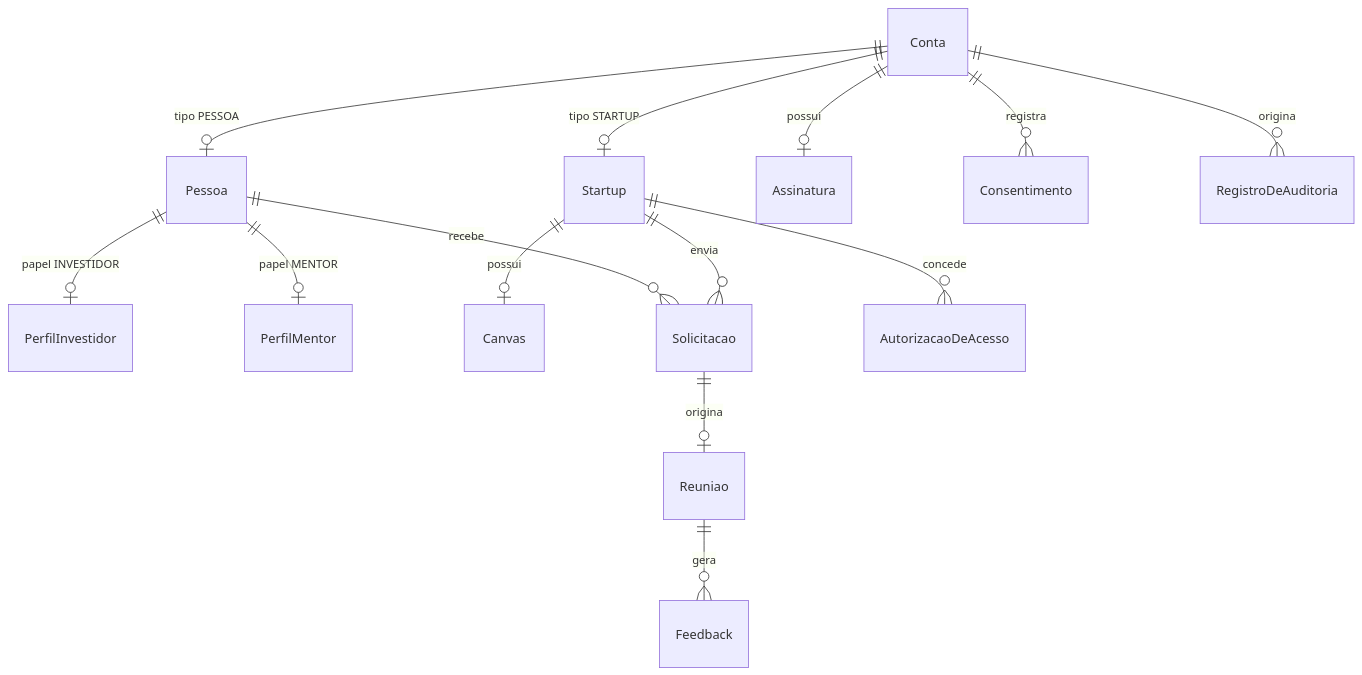
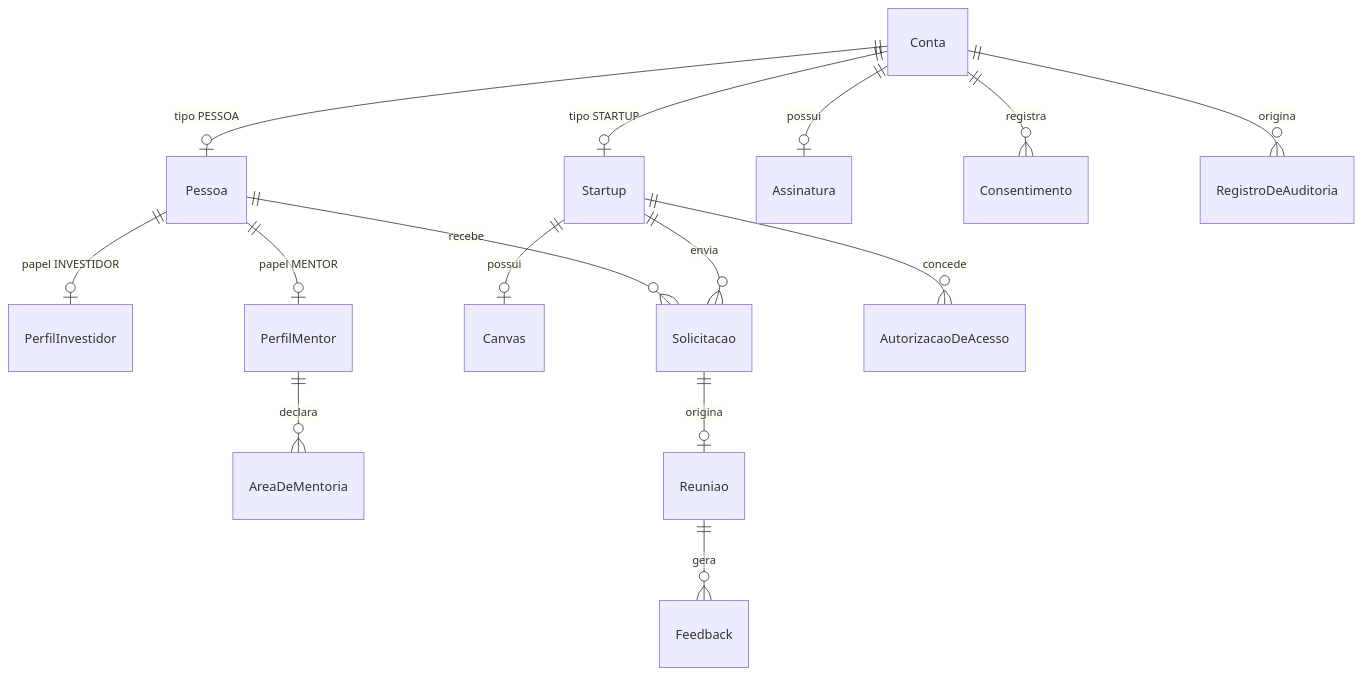
One commit to Molimpion/BackEnd-Last-PI changed the diagram in docs/modelagem.md. Above: the diagram before and after it, drawn with Mermaid. The commit also changed other lines of this file and 2 other files, not shown here.

````diff
--- a/docs/modelagem.md
+++ b/docs/modelagem.md
@@ -22,16 +23,17 @@
 ```mermaid
 erDiagram
     Conta ||--o| Startup : "tipo STARTUP"
     Conta ||--o| Pessoa : "tipo PESSOA"
     Pessoa ||--o| PerfilInvestidor : "papel INVESTIDOR"
     Pessoa ||--o| PerfilMentor : "papel MENTOR"
+    PerfilMentor ||--o{ AreaDeMentoria : declara
     Startup ||--o| Canvas : possui
     Startup ||--o{ Solicitacao : envia
     Pessoa ||--o{ Solicitacao : recebe
     Solicitacao ||--o| Reuniao : origina
     Reuniao ||--o{ Feedback : gera
     Startup ||--o{ AutorizacaoDeAcesso : concede
     Conta ||--o| Assinatura : possui
     Conta ||--o{ Consentimento : registra
     Conta ||--o{ RegistroDeAuditoria : origina
 ```
````
